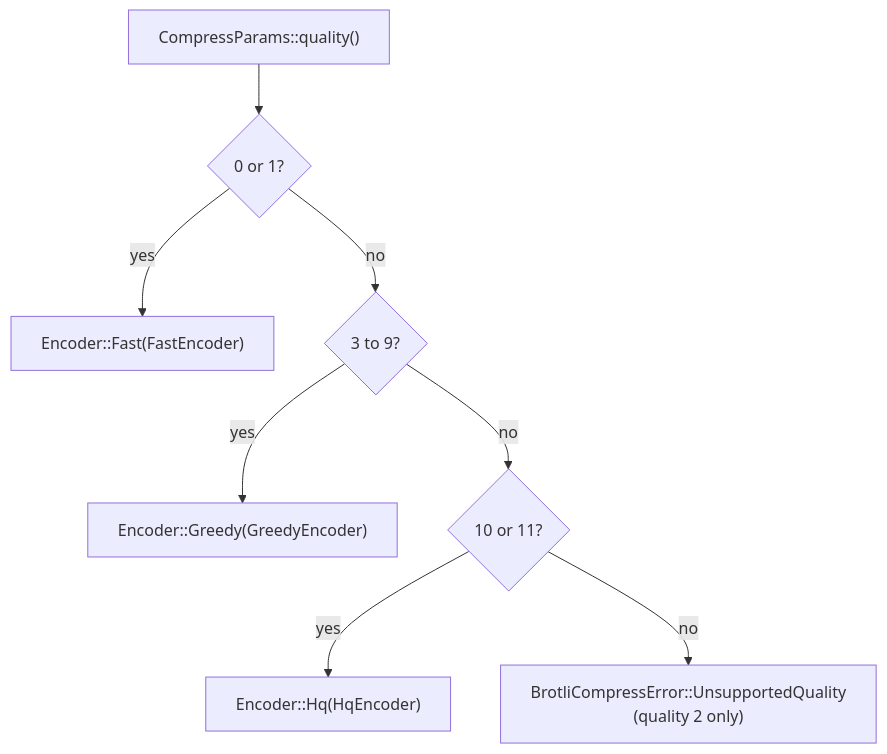
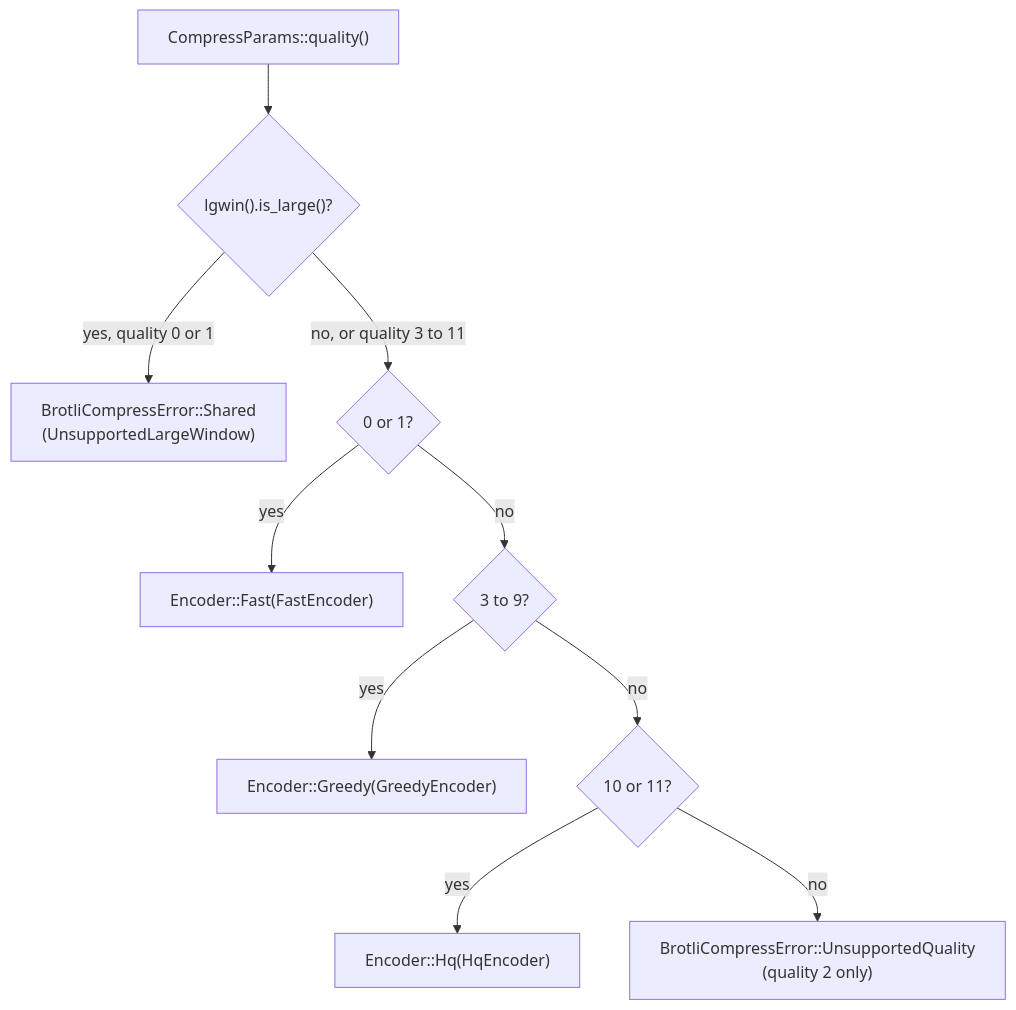
One commit to Mnwa/mbrotli changed the third of 8 diagrams in architecture/compressor.md. Above: the diagram before and after it, drawn with Mermaid. The commit also changed other lines of this file and 59 other files, not shown here.

````diff
--- a/architecture/compressor.md
+++ b/architecture/compressor.md
@@ -188,10 +199,12 @@
 ```mermaid
 flowchart TD
-    q["CompressParams::quality()"] --> fast{"0 or 1?"}
+    q["CompressParams::quality()"] --> lw{"lgwin().is_large()?"}
+    lw -->|yes, quality 0 or 1| lwerr["BrotliCompressError::Shared<br/>(UnsupportedLargeWindow)"]
+    lw -->|"no, or quality 3 to 11"| fast{"0 or 1?"}
     fast -->|yes| f["Encoder::Fast(FastEncoder)"]
     fast -->|no| greedy{"3 to 9?"}
     greedy -->|yes| g["Encoder::Greedy(GreedyEncoder)"]
     greedy -->|no| hq{"10 or 11?"}
     hq -->|yes| h["Encoder::Hq(HqEncoder)"]
     hq -->|no| err["BrotliCompressError::UnsupportedQuality<br/>(quality 2 only)"]
 ```
````
